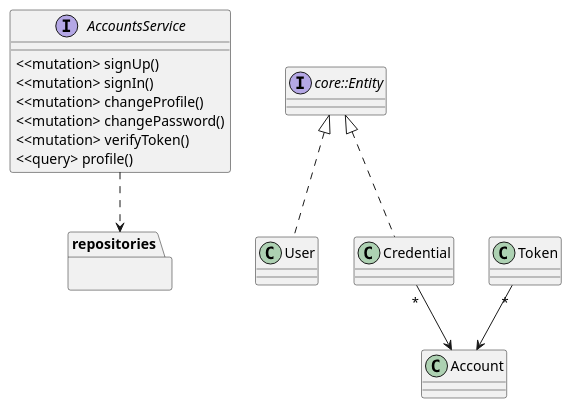
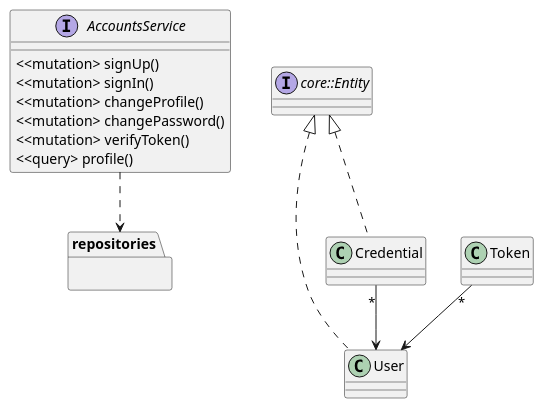
Before and after one commit to UDmonia/accounts-api: the diagram in design/domain.puml, drawn with PlantUML. The commit also changed 4 other files, not shown here.

```diff
--- a/design/domain.puml
+++ b/design/domain.puml
@@ -1,24 +1,24 @@
 @startuml Domain
 
 interface AccountsService {
     <<mutation> signUp()
     <<mutation> signIn()
     <<mutation> changeProfile()
     <<mutation> changePassword()
     <<mutation> verifyToken()
     <<query> profile()
 }
 
 package repositories { }
 
 AccountsService ..> repositories
 
 interface core::Entity
 
 class User implements core::Entity
 class Credential implements core::Entity
 class Token
 
-Credential "*" --> Account
-Token "*" --> Account
+Credential "*" --> User
+Token "*" --> User
 @enduml
```
